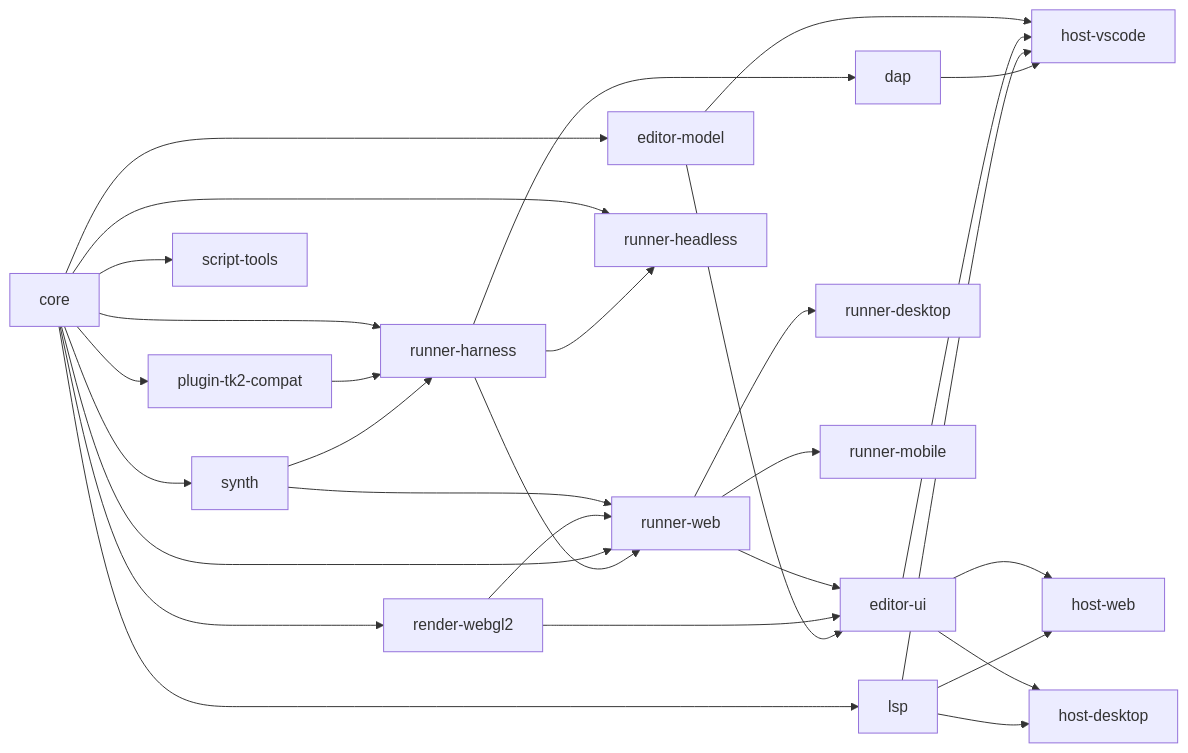
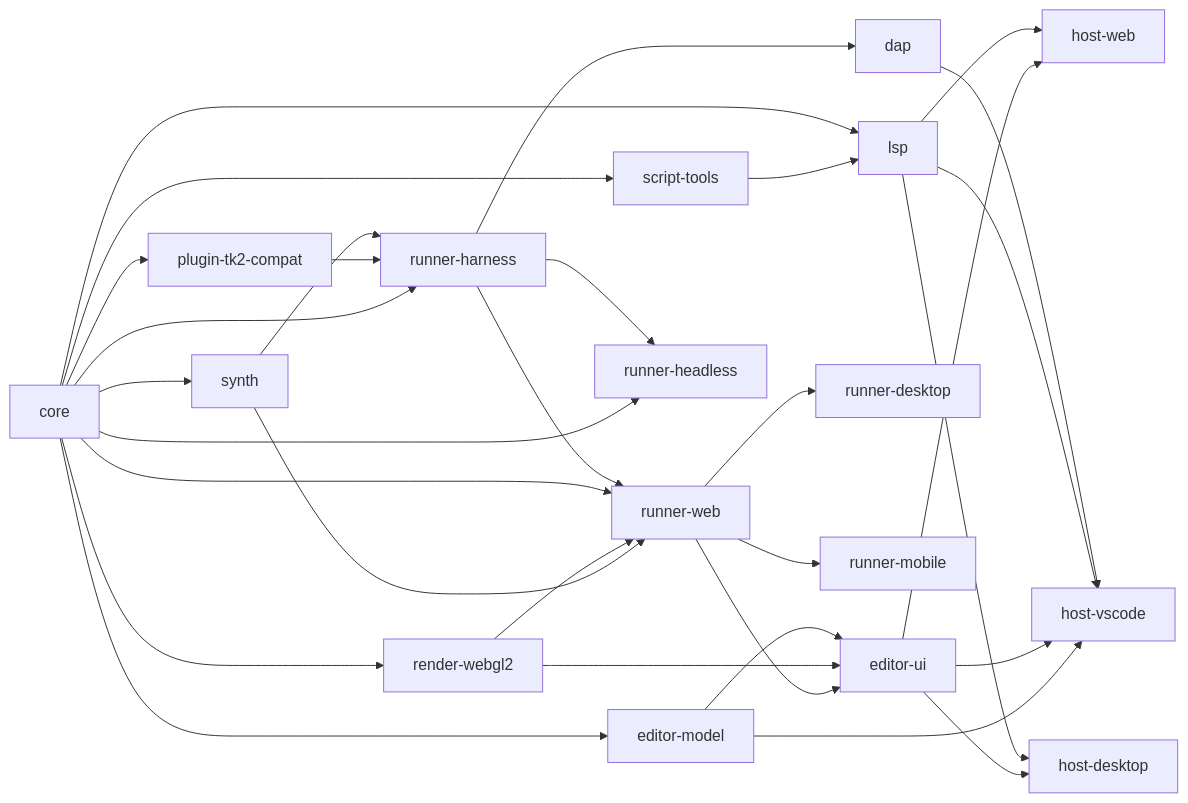
One commit to tk-reawakened/rpgtoolkit-reawakened changed the first of 3 diagrams in _bmad-output/initiative-rpgtoolkit-reawakened/architecture-rpgtoolkit-reawakened/architecture-rpgtoolkit-reawakened.md. Above: the diagram before and after it, drawn with Mermaid. The commit also changed 13 other files, not shown here.

````diff
--- a/_bmad-output/initiative-rpgtoolkit-reawakened/architecture-rpgtoolkit-reawakened/architecture-rpgtoolkit-reawakened.md
+++ b/_bmad-output/initiative-rpgtoolkit-reawakened/architecture-rpgtoolkit-reawakened/architecture-rpgtoolkit-reawakened.md
@@ -41,32 +41,33 @@
 ```mermaid
 graph LR
   core --> synth
   core --> renderwebgl2[render-webgl2]
   core --> runnerharness[runner-harness]
   core --> plugintk2compat[plugin-tk2-compat]
   core --> scripttools[script-tools]
+  scripttools --> lsp
   plugintk2compat --> runnerharness
   core --> lsp
   core --> editormodel[editor-model]
   synth --> runnerharness
   synth --> runnerweb[runner-web]
   renderwebgl2 --> runnerweb
   core --> runnerheadless[runner-headless]
   core --> runnerweb
   runnerharness --> runnerweb
   runnerharness --> runnerheadless
   runnerharness --> dap
   runnerweb --> runnerdesktop[runner-desktop]
   runnerweb --> runnermobile[runner-mobile]
   runnerweb --> editorui[editor-ui]
   renderwebgl2 --> editorui
   editormodel --> editorui
   editormodel --> hostvscode[host-vscode]
   editorui --> hostvscode
   editorui --> hostweb[host-web]
   editorui --> hostdesktop[host-desktop]
   lsp --> hostvscode
   lsp --> hostweb
   lsp --> hostdesktop
   dap --> hostvscode
 ```
````
